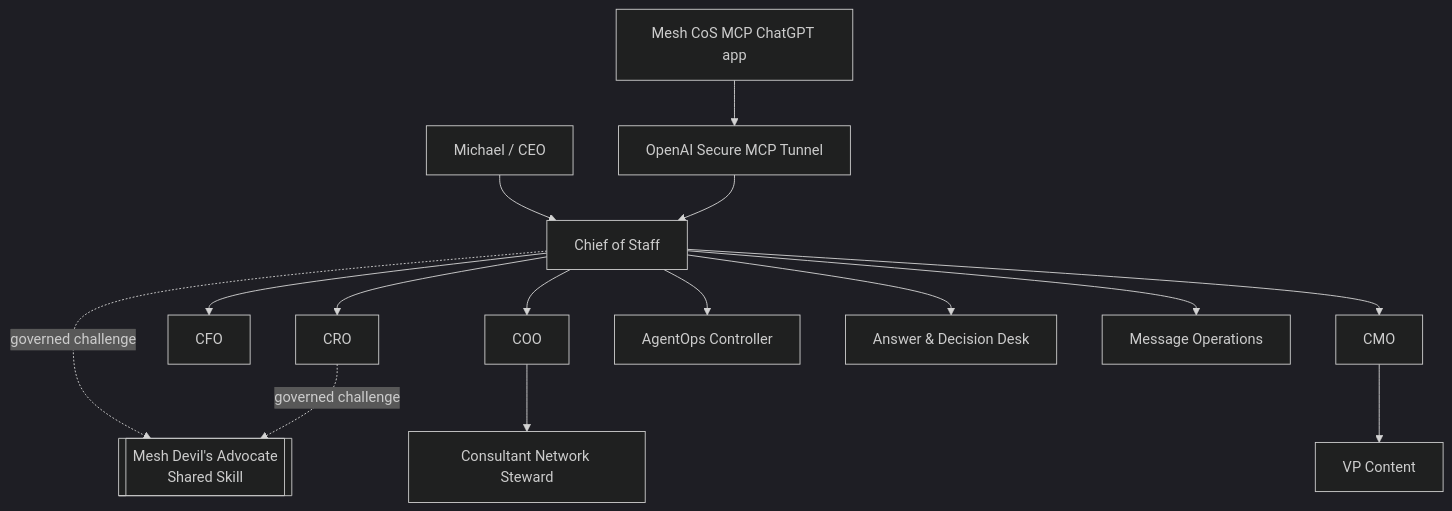
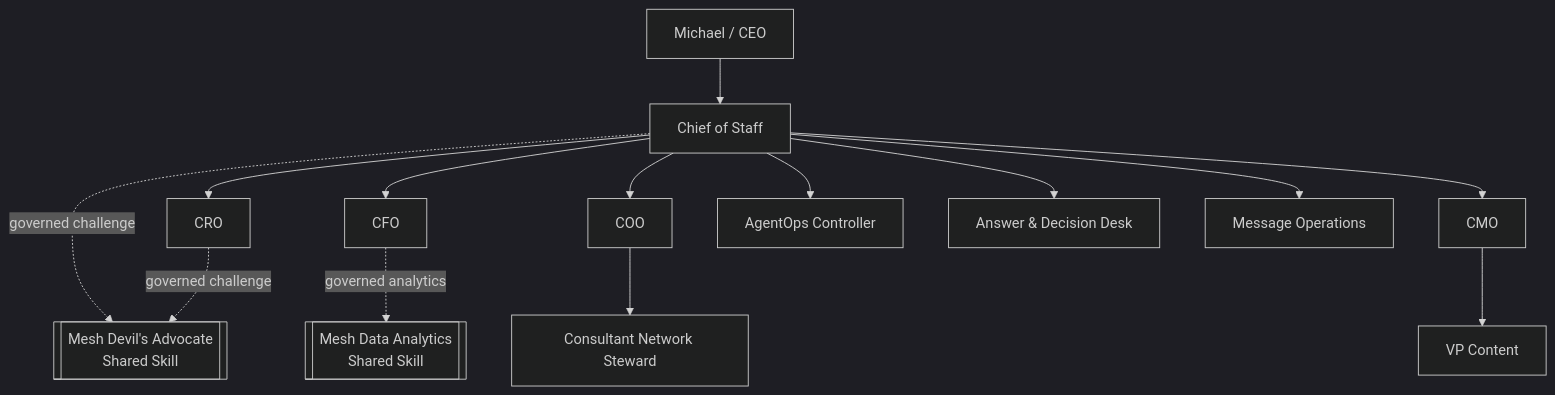
The diagram in docs/README.md (mkleinbe/mesh-ai-agent-cos-universe), drawn with Mermaid (dark theme) before and after one commit. The commit also changed other lines of this file, not shown here.

````diff
--- a/docs/README.md
+++ b/docs/README.md
@@ -62,17 +61,16 @@
 ```mermaid
 flowchart TB
     M[Michael / CEO] --> C[Chief of Staff]
     C --> CRO[CRO]
     C --> CFO[CFO]
     C --> COO[COO]
     COO --> CNS[Consultant Network Steward]
     C --> CMO[CMO]
     CMO --> VPC[VP Content]
     C --> AO[AgentOps Controller]
     C --> AD[Answer & Decision Desk]
     C --> MSG[Message Operations]
     C -. governed challenge .-> DA[[Mesh Devil's Advocate\nShared Skill]]
     CRO -. governed challenge .-> DA
-    APP[Mesh CoS MCP ChatGPT app] --> TUN[OpenAI Secure MCP Tunnel]
-    TUN --> C
+    CFO -. governed analytics .-> MDA[[Mesh Data Analytics\nShared Skill]]
 ```
````
